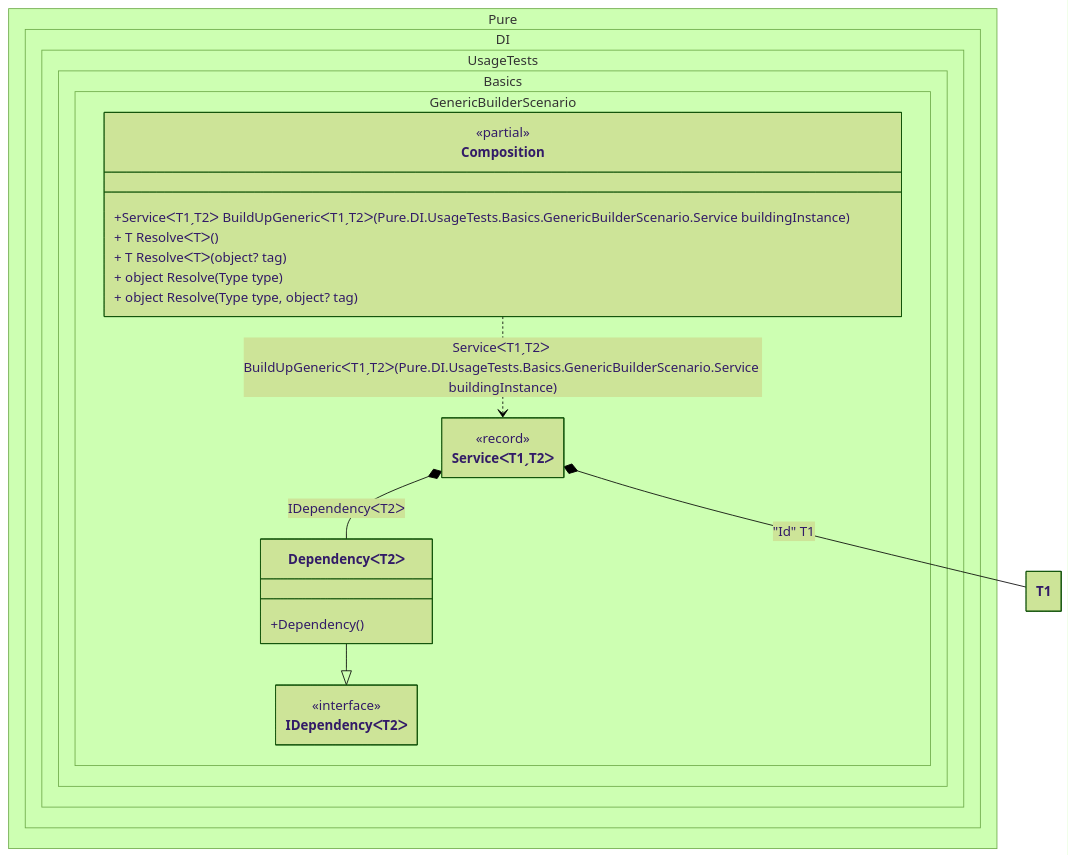
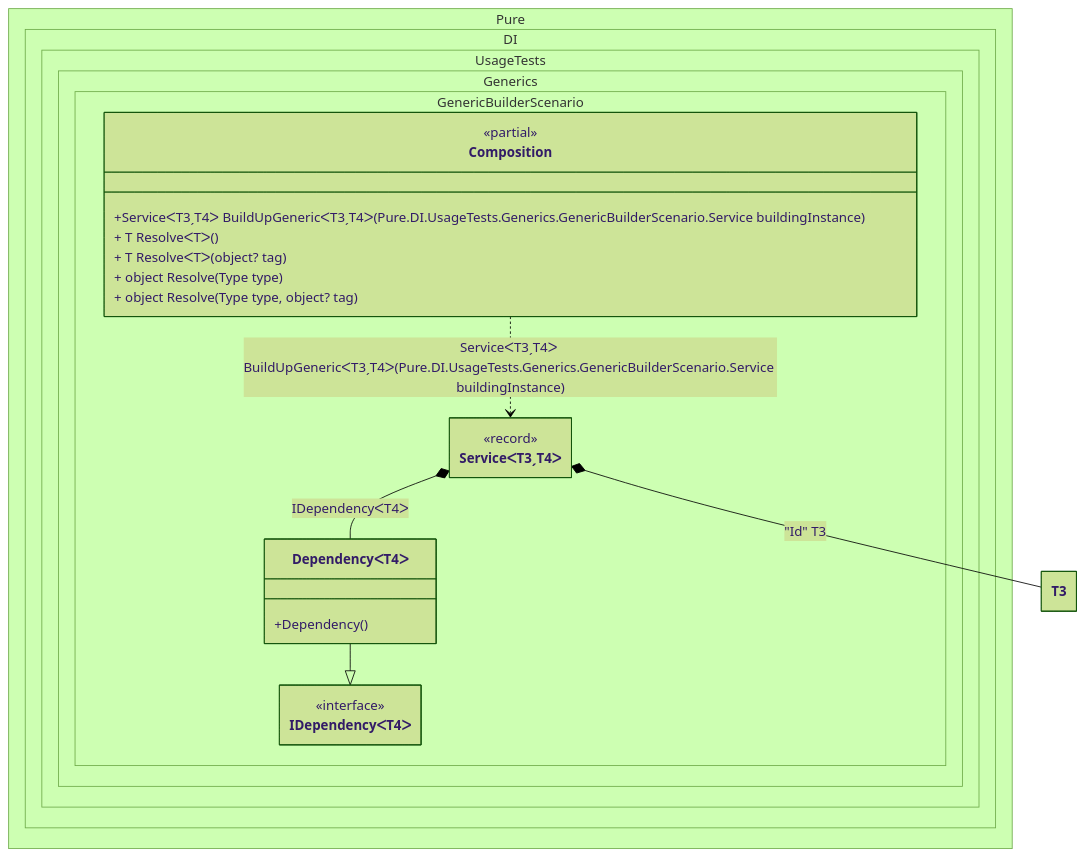
Before and after one commit to DevTeam/Pure.DI: the diagram in readme/generic-builder.md, drawn with Mermaid (forest theme). The commit also changed other lines of this file and 177 other files, not shown here.

````diff
--- a/readme/generic-builder.md
+++ b/readme/generic-builder.md
@@ -148,31 +148,31 @@
 ```mermaid
 ---
  config:
   class:
    hideEmptyMembersBox: true
 ---
 classDiagram
-	DependencyᐸT2ᐳ --|> IDependencyᐸT2ᐳ
-	Composition ..> ServiceᐸT1ˏT2ᐳ : ServiceᐸT1ˏT2ᐳ BuildUpGenericᐸT1ˏT2ᐳ(Pure.DI.UsageTests.Basics.GenericBuilderScenario.Service<T1, T2> buildingInstance)
-	ServiceᐸT1ˏT2ᐳ *--  DependencyᐸT2ᐳ : IDependencyᐸT2ᐳ
-	ServiceᐸT1ˏT2ᐳ *--  T1 : "Id"  T1
-	namespace Pure.DI.UsageTests.Basics.GenericBuilderScenario {
+	DependencyᐸT4ᐳ --|> IDependencyᐸT4ᐳ
+	Composition ..> ServiceᐸT3ˏT4ᐳ : ServiceᐸT3ˏT4ᐳ BuildUpGenericᐸT3ˏT4ᐳ(Pure.DI.UsageTests.Generics.GenericBuilderScenario.Service<T3, T4> buildingInstance)
+	ServiceᐸT3ˏT4ᐳ *--  DependencyᐸT4ᐳ : IDependencyᐸT4ᐳ
+	ServiceᐸT3ˏT4ᐳ *--  T3 : "Id"  T3
+	namespace Pure.DI.UsageTests.Generics.GenericBuilderScenario {
 		class Composition {
 		<<partial>>
-		+ServiceᐸT1ˏT2ᐳ BuildUpGenericᐸT1ˏT2ᐳ(Pure.DI.UsageTests.Basics.GenericBuilderScenario.Service<T1, T2> buildingInstance)
+		+ServiceᐸT3ˏT4ᐳ BuildUpGenericᐸT3ˏT4ᐳ(Pure.DI.UsageTests.Generics.GenericBuilderScenario.Service<T3, T4> buildingInstance)
 		+ T ResolveᐸTᐳ()
 		+ T ResolveᐸTᐳ(object? tag)
 		+ object Resolve(Type type)
 		+ object Resolve(Type type, object? tag)
 		}
-		class DependencyᐸT2ᐳ {
+		class DependencyᐸT4ᐳ {
 			+Dependency()
 		}
-		class IDependencyᐸT2ᐳ {
+		class IDependencyᐸT4ᐳ {
 			<<interface>>
 		}
-		class ServiceᐸT1ˏT2ᐳ {
+		class ServiceᐸT3ˏT4ᐳ {
 			<<record>>
 		}
 	}
 ```
````
